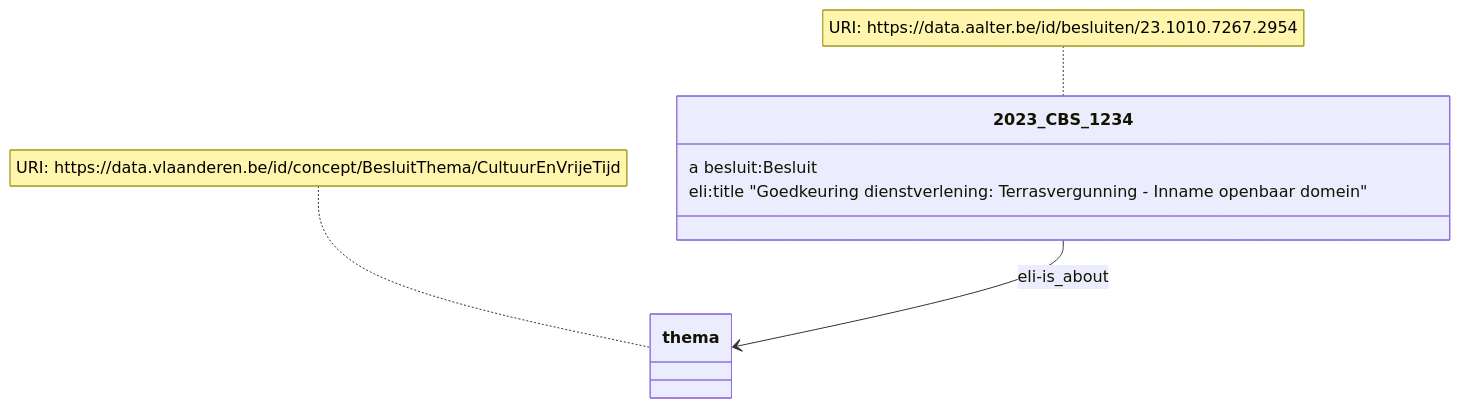
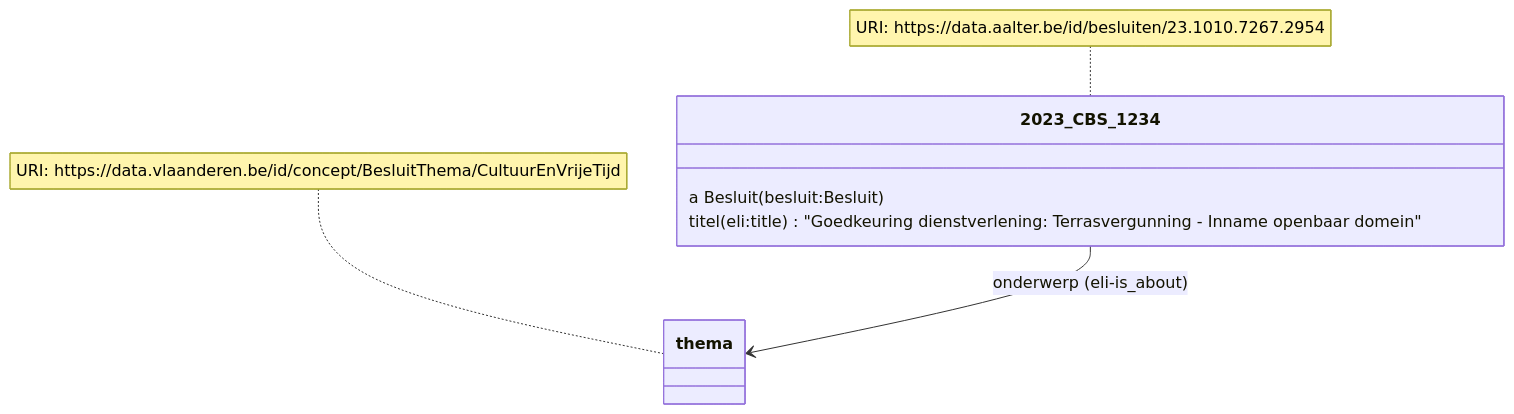
The sixth of 9 diagrams in README.md (Informatievlaanderen/OSLOthema-slimmeRaadpleegOmgeving), drawn with Mermaid before and after one commit. The commit also changed other lines of this file, not shown here.

````diff
--- a/README.md
+++ b/README.md
@@ -200,12 +200,12 @@
 ```mermaid
 classDiagram
-    2023_CBS_1234 --> thema: eli-is_about
+    2023_CBS_1234 --> thema: onderwerp (eli-is_about)
     note for 2023_CBS_1234 "URI: https://data.aalter.be/id/besluiten/23.1010.7267.2954"
     note for thema "URI: https://data.vlaanderen.be/id/concept/BesluitThema/CultuurEnVrijeTijd"
     class 2023_CBS_1234 {
-      a besluit:Besluit
-      eli:title "Goedkeuring dienstverlening: Terrasvergunning - Inname openbaar domein"
+      a Besluit (besluit:Besluit)
+      titel (eli:title) "Goedkeuring dienstverlening: Terrasvergunning - Inname openbaar domein"
     }
     class thema {
     }
 ```
````
